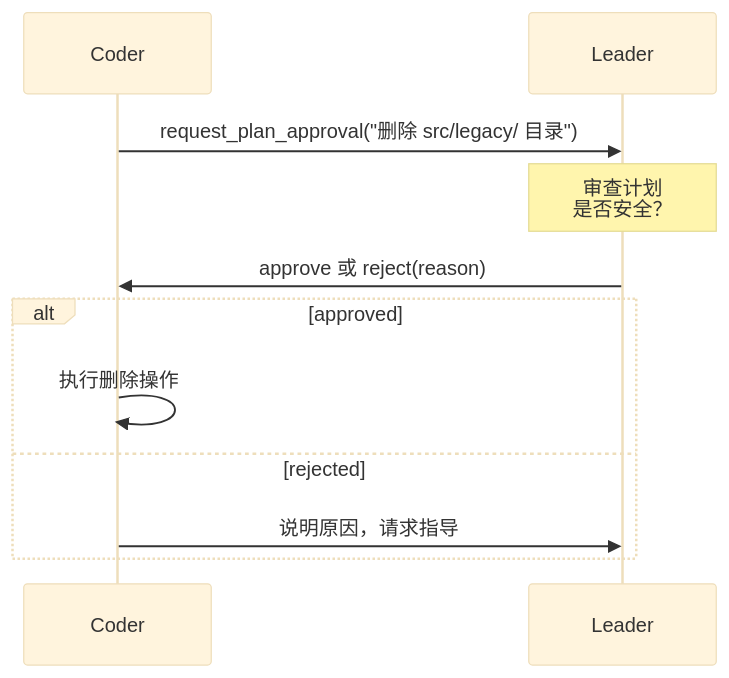
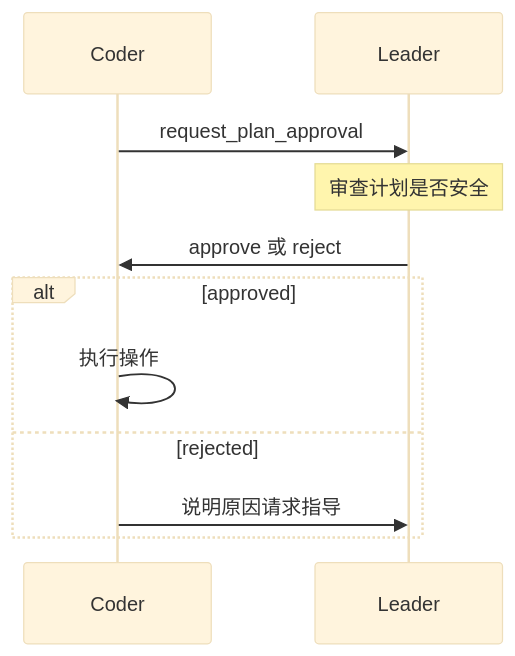
Before and after one commit to ranxi2001/zero2Agent: the second of 2 diagrams in learn-claude-code/10-team-protocols/index.md, drawn with Mermaid (base theme). The commit also changed other lines of this file and 3 other files, not shown here.

First line of the commit message:
fix mermaid syntax errors in learn-claude-code articles

```diff
--- a/learn-claude-code/10-team-protocols/index.md
+++ b/learn-claude-code/10-team-protocols/index.md
@@ -162,11 +162,11 @@
 <div class="mermaid">
 sequenceDiagram
-    Coder->>Leader: request_plan_approval("删除 src/legacy/ 目录")
-    Note over Leader: 审查计划<br/>是否安全？
-    Leader->>Coder: approve 或 reject(reason)
+    Coder->>Leader: request_plan_approval
+    Note over Leader: 审查计划是否安全
+    Leader->>Coder: approve 或 reject
     alt approved
-        Coder->>Coder: 执行删除操作
+        Coder->>Coder: 执行操作
     else rejected
-        Coder->>Leader: 说明原因，请求指导
+        Coder->>Leader: 说明原因请求指导
     end
 </div>
```
